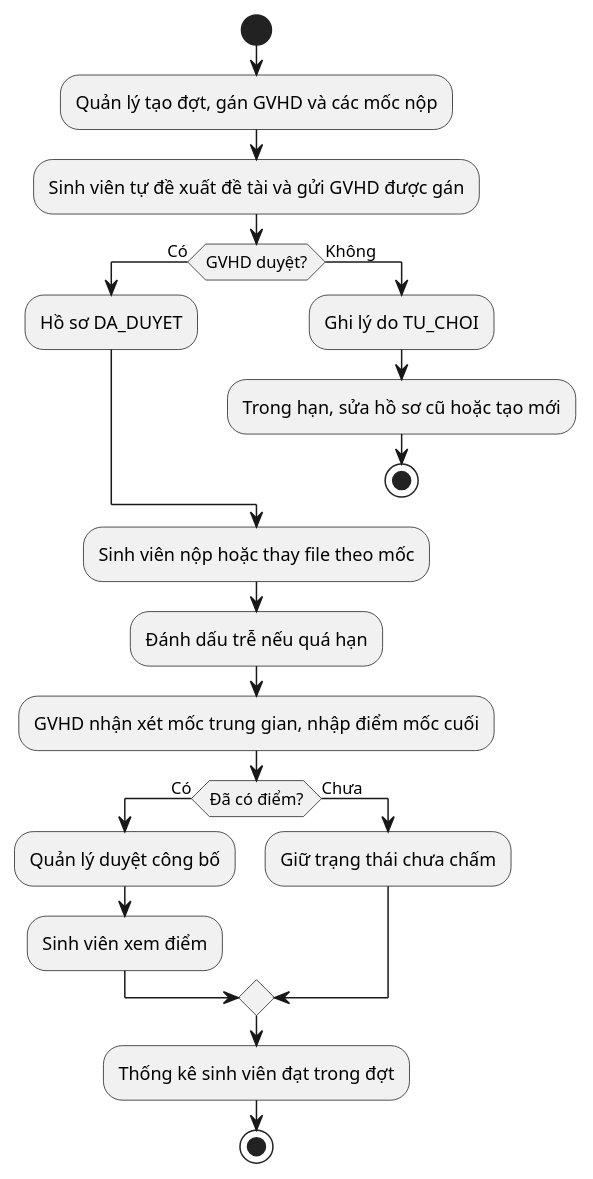
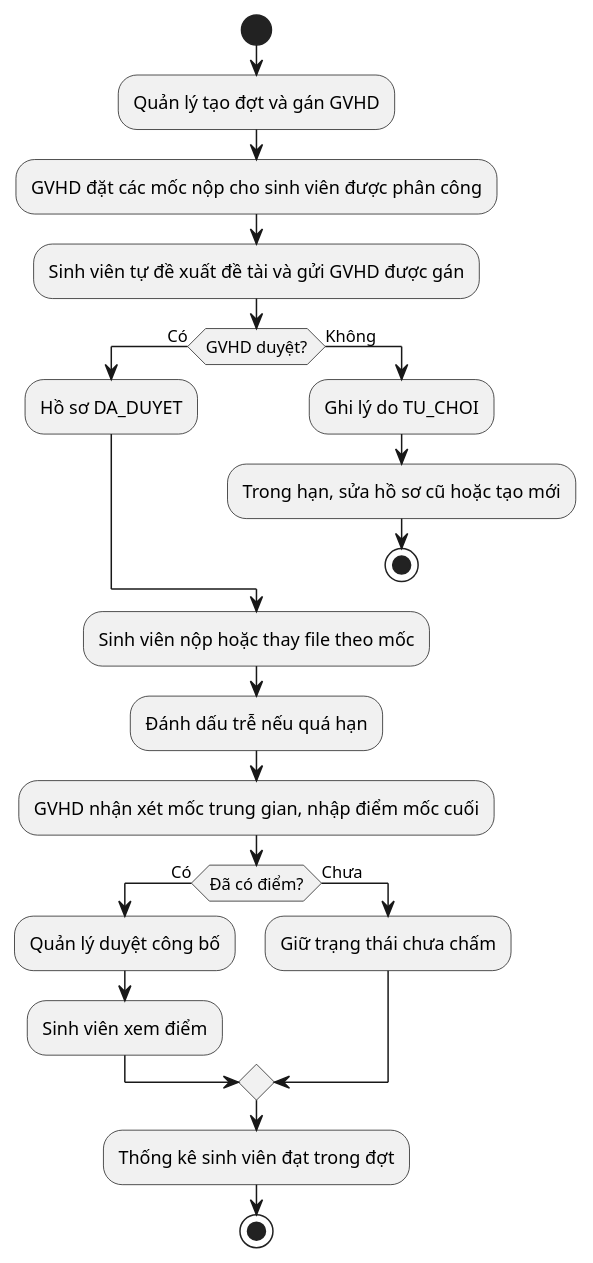
The sixth of 6 diagrams in 02-so-do-uml.md (lam-vu6868/HTQL_TieuLuan_DoAN), drawn with PlantUML before and after one commit. The commit also changed other lines of this file and 5 other files, not shown here.

````diff
--- a/02-so-do-uml.md
+++ b/02-so-do-uml.md
@@ -209,25 +211,26 @@
 ```plantuml
 @startuml
 start
-:Quản lý tạo đợt, gán GVHD và các mốc nộp;
+:Quản lý tạo đợt và gán GVHD;
+:GVHD đặt các mốc nộp cho sinh viên được phân công;
 :Sinh viên tự đề xuất đề tài và gửi GVHD được gán;
 if (GVHD duyệt?) then (Có)
   :Hồ sơ DA_DUYET;
 else (Không)
   :Ghi lý do TU_CHOI;
   :Trong hạn, sửa hồ sơ cũ hoặc tạo mới;
   stop
 endif
 :Sinh viên nộp hoặc thay file theo mốc;
 :Đánh dấu trễ nếu quá hạn;
 :GVHD nhận xét mốc trung gian, nhập điểm mốc cuối;
 if (Đã có điểm?) then (Có)
   :Quản lý duyệt công bố;
   :Sinh viên xem điểm;
 else (Chưa)
   :Giữ trạng thái chưa chấm;
 endif
 :Thống kê sinh viên đạt trong đợt;
 stop
 @enduml
 ```
````
